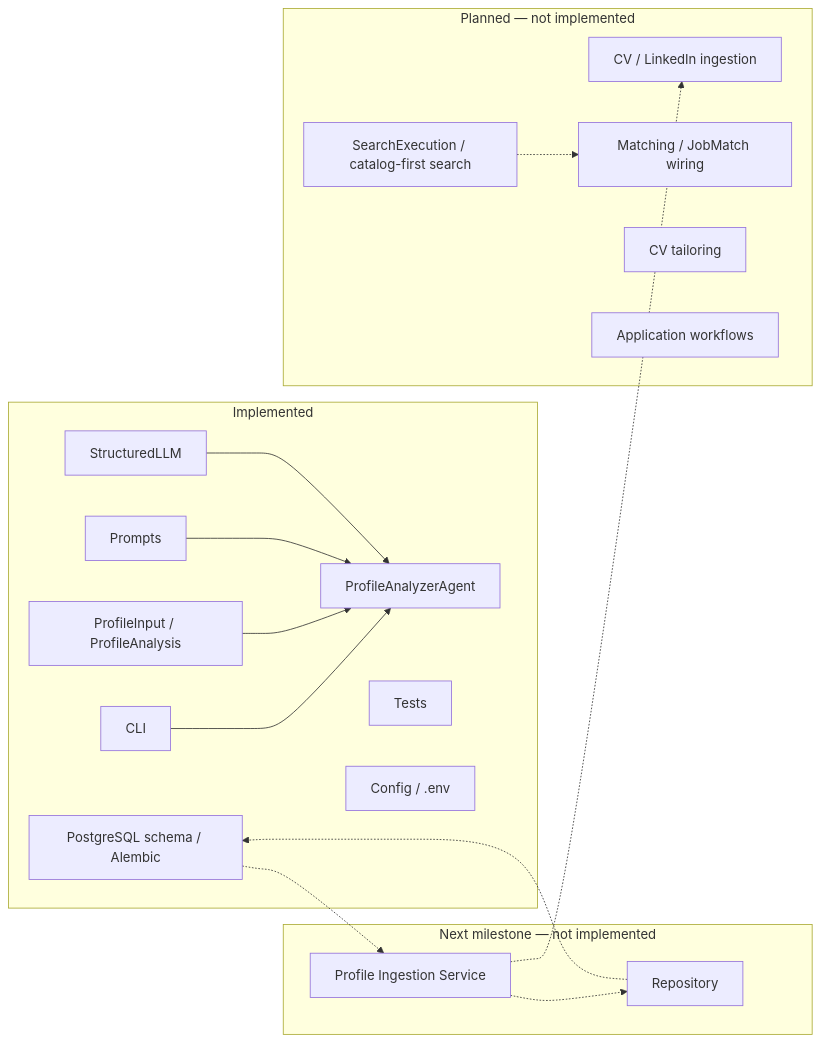
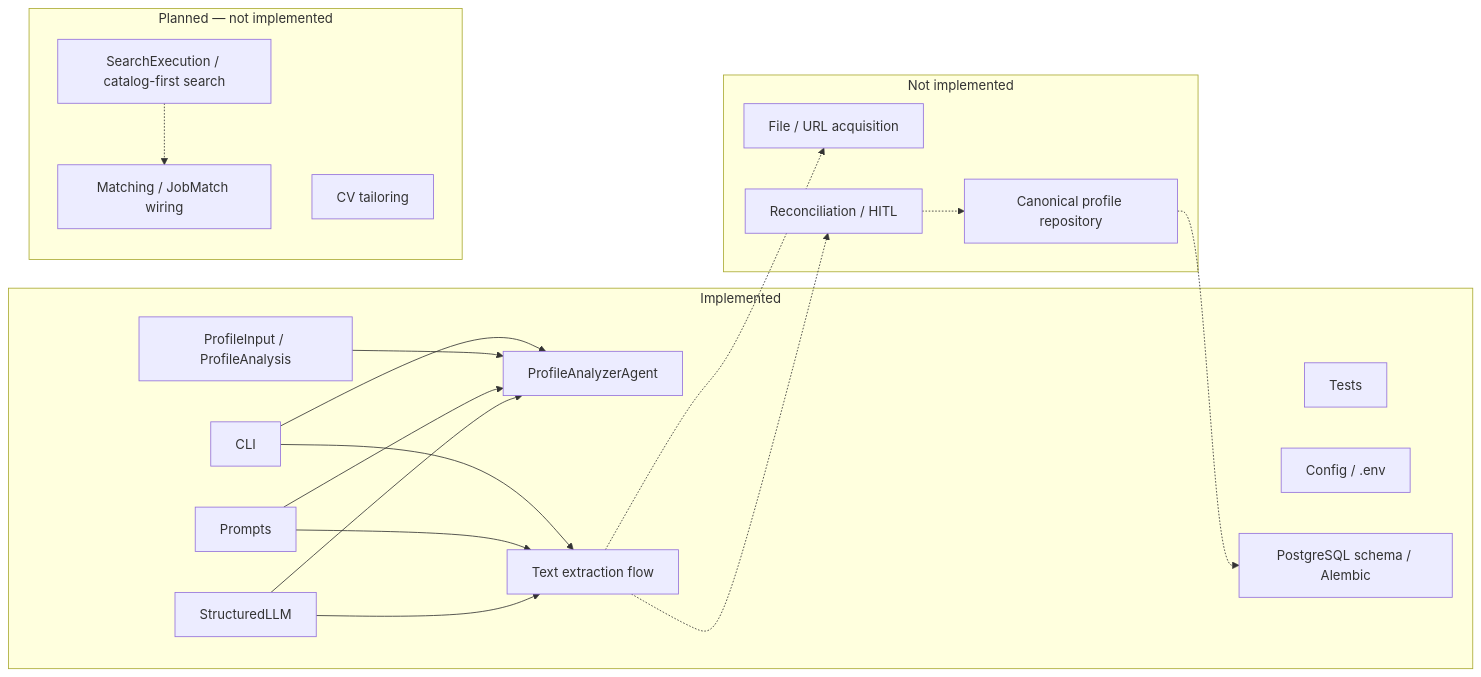
Before and after one commit to shira-ozana/career-ai: the diagram in docs/index.md, drawn with Mermaid. The commit also changed other lines of this file and 27 other files, not shown here.

First line of the commit message:
Add text profile extraction that returns per-source facts.

````diff
--- a/docs/index.md
+++ b/docs/index.md
@@ -25,36 +25,39 @@
 ```mermaid
 flowchart LR
     subgraph Implemented["Implemented"]
         A[CLI]
         B[ProfileInput / ProfileAnalysis]
         C[ProfileAnalyzerAgent]
+        T[Text extraction flow]
         D[StructuredLLM]
         E[Prompts]
         F[Tests]
         G[Config / .env]
         P[PostgreSQL schema / Alembic]
     end
 
-    subgraph Next["Next milestone — not implemented"]
-        Ing[Profile Ingestion Service]
-        Repo[Repository]
+    subgraph Next["Not implemented"]
+        Repo[Canonical profile repository]
+        H[File / URL acquisition]
+        R[Reconciliation / HITL]
     end
 
     subgraph Planned["Planned — not implemented"]
-        H[CV / LinkedIn ingestion]
         K[SearchExecution / catalog-first search]
         L[Matching / JobMatch wiring]
         M[CV tailoring]
-        N[Application workflows]
     end
 
     A --> C
     B --> C
+    A --> T
     E --> C
+    E --> T
     D --> C
-    P -.-> Ing
-    Ing -.-> Repo
+    D --> T
+    T -.-> H
+    T -.-> R
+    R -.-> Repo
     Repo -.-> P
-    Ing -.-> H
     K -.-> L
 ```
````
